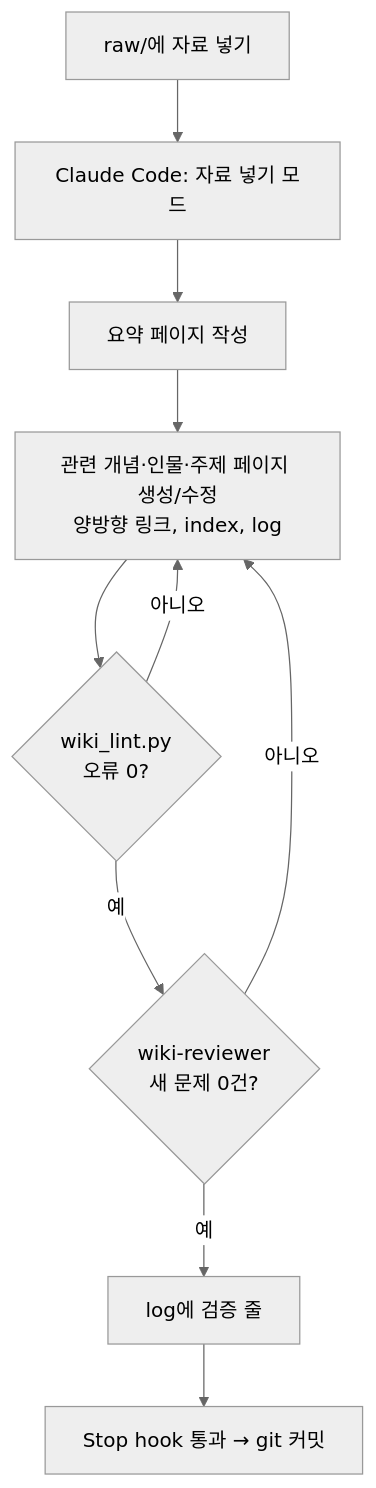
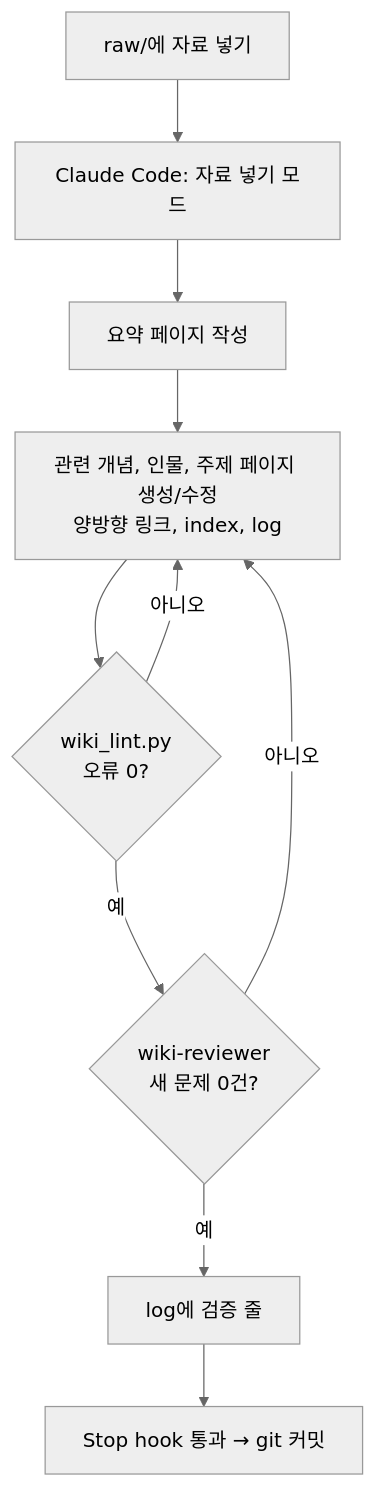
One commit to tgYun783/llm-wiki-template changed the diagram in README.md. Above: the diagram before and after it, drawn with Mermaid (neutral theme). The commit also changed other lines of this file and 5 other files, not shown here.

````diff
--- a/README.md
+++ b/README.md
@@ -25,12 +25,12 @@
 ```mermaid
 flowchart TD
     A[raw/에 자료 넣기] --> B[Claude Code: 자료 넣기 모드]
     B --> C[요약 페이지 작성]
-    C --> D[관련 개념·인물·주제 페이지 생성/수정<br/>양방향 링크, index, log]
+    C --> D[관련 개념, 인물, 주제 페이지 생성/수정<br/>양방향 링크, index, log]
     D --> E{wiki_lint.py<br/>오류 0?}
     E -- 아니오 --> D
     E -- 예 --> F{wiki-reviewer<br/>새 문제 0건?}
     F -- 아니오 --> D
     F -- 예 --> H[log에 검증 줄]
     H --> G[Stop hook 통과 → git 커밋]
 ```
````
